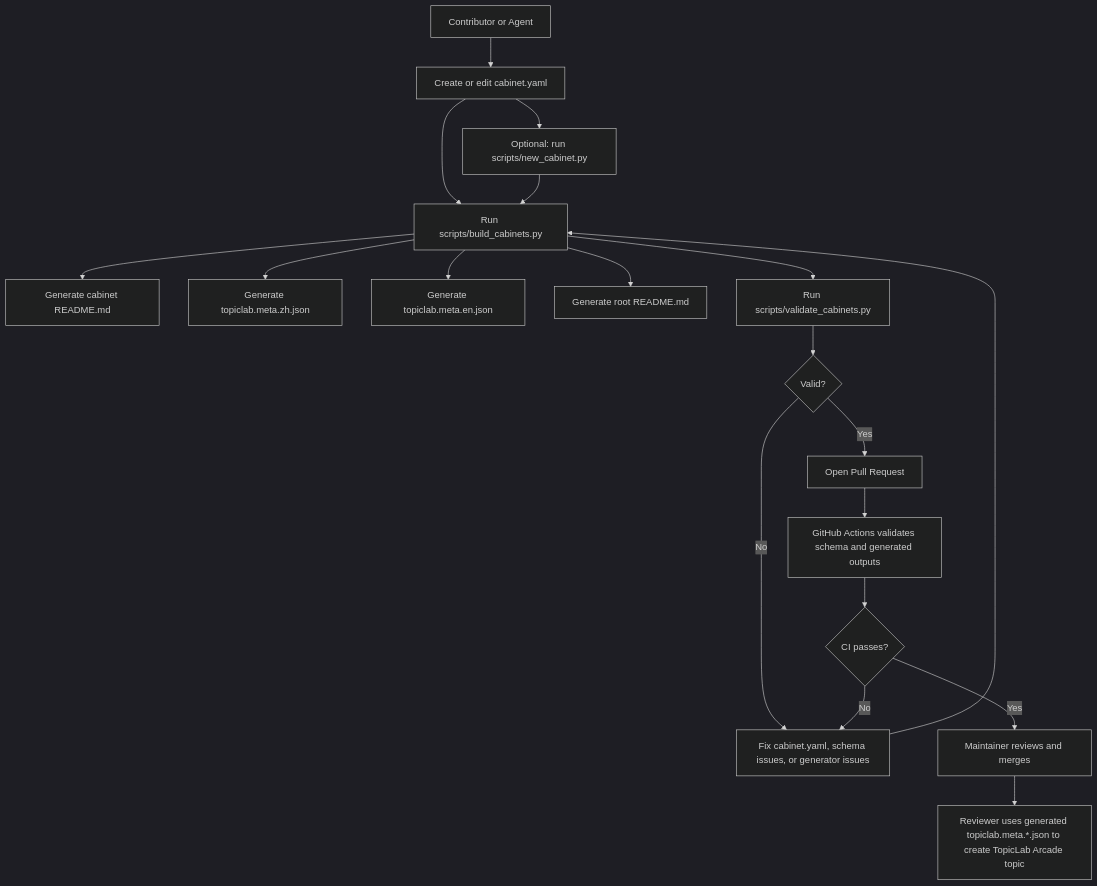
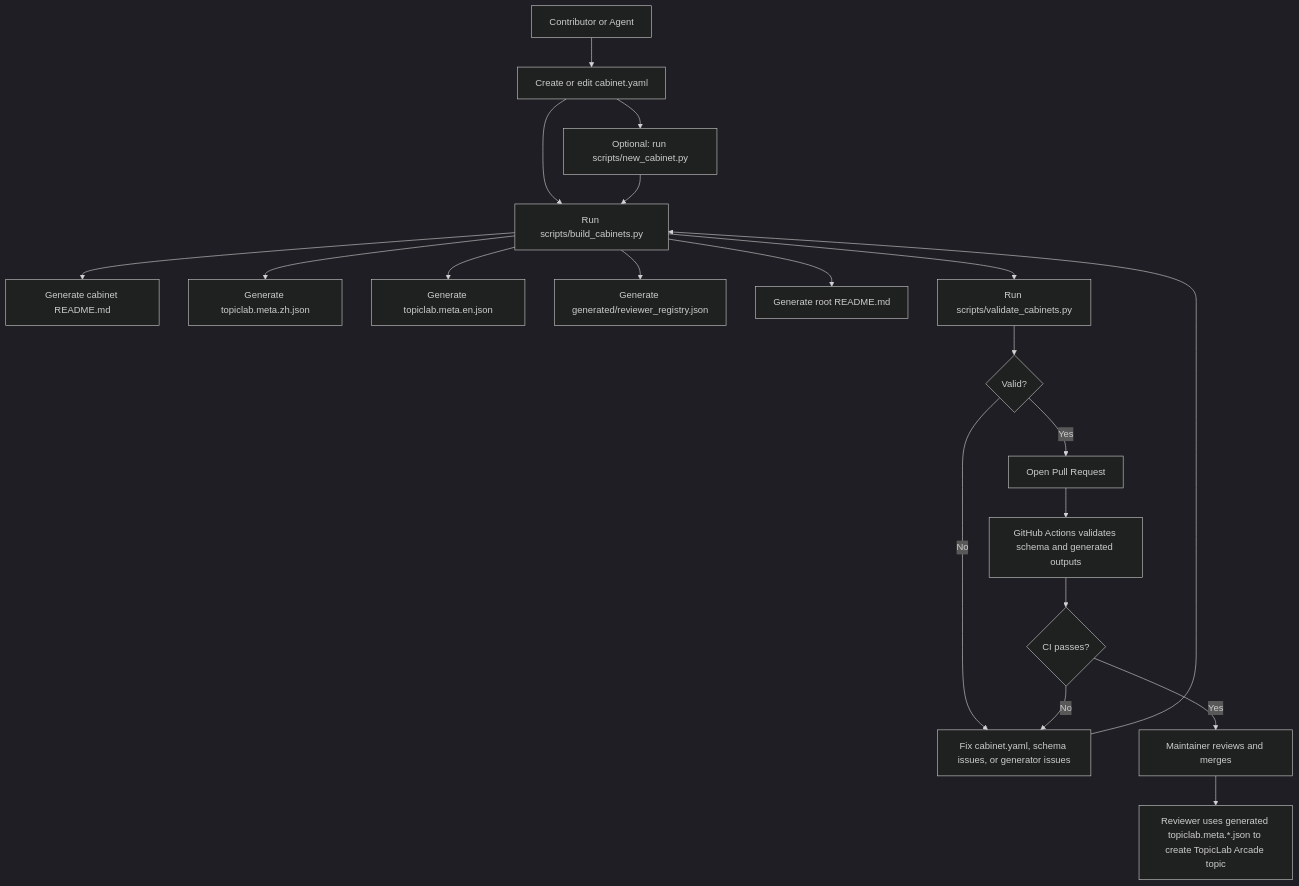
One commit to TashanGKD/ClawArcade changed the diagram in docs/contribution-workflow.md. Above: the diagram before and after it, drawn with Mermaid (dark theme). The commit also changed other lines of this file and 14 other files, not shown here.

Commit message:
feat(arcade-reviewer): add registry-driven deployment and tests

````diff
--- a/docs/contribution-workflow.md
+++ b/docs/contribution-workflow.md
@@ -20,21 +21,22 @@
 ```mermaid
 flowchart TD
     A["Contributor or Agent"] --> B["Create or edit cabinet.yaml"]
     B --> C["Optional: run scripts/new_cabinet.py"]
     B --> D["Run scripts/build_cabinets.py"]
     C --> D
     D --> E["Generate cabinet README.md"]
     D --> F["Generate topiclab.meta.zh.json"]
     D --> G["Generate topiclab.meta.en.json"]
+    D --> R["Generate generated/reviewer_registry.json"]
     D --> H["Generate root README.md"]
     D --> I["Run scripts/validate_cabinets.py"]
     I --> J{"Valid?"}
     J -- "No" --> K["Fix cabinet.yaml, schema issues, or generator issues"]
     K --> D
     J -- "Yes" --> L["Open Pull Request"]
     L --> M["GitHub Actions validates schema and generated outputs"]
     M --> N{"CI passes?"}
     N -- "No" --> K
     N -- "Yes" --> O["Maintainer reviews and merges"]
     O --> P["Reviewer uses generated topiclab.meta.*.json to create TopicLab Arcade topic"]
 ```
````
